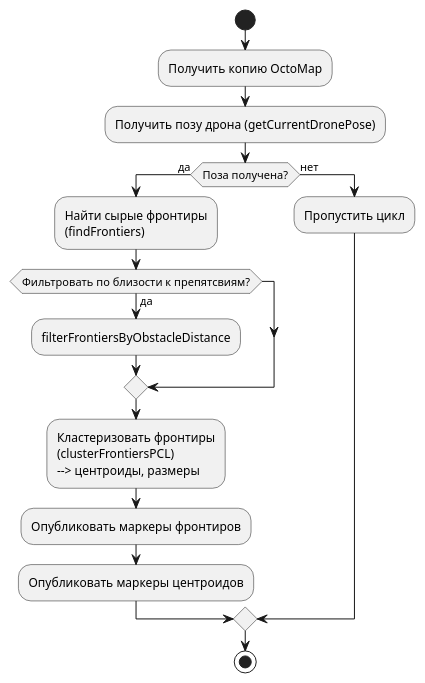
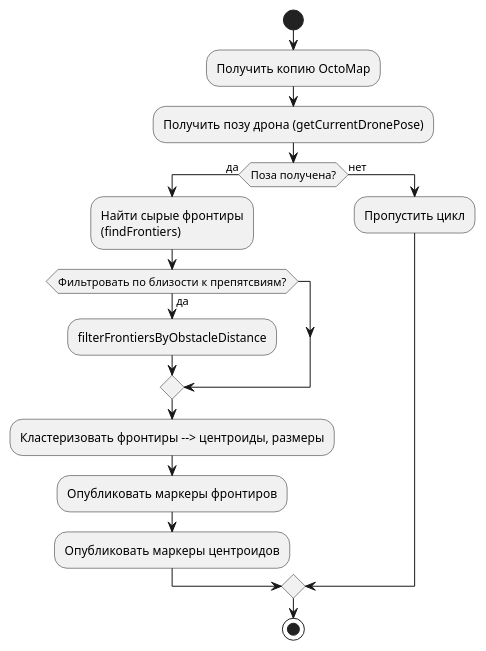
The diagram in diagrams/src/search_front_timer.puml (Prostagma1/diplom), drawn with PlantUML before and after one commit. The commit also changed 12 other files, not shown here.

```diff
--- a/diagrams/src/search_front_timer.puml
+++ b/diagrams/src/search_front_timer.puml
@@ -1,18 +1,18 @@
 @startuml 
 start
   :Получить копию OctoMap;
   :Получить позу дрона (getCurrentDronePose);
   if (Поза получена?) then (да)
     :Найти сырые фронтиры\n(findFrontiers);
     if (Фильтровать по близости к препятсвиям?) then (да)
       :filterFrontiersByObstacleDistance;
     endif
-    :Кластеризовать фронтиры\n(clusterFrontiersPCL)\n--> центроиды, размеры;
+    :Кластеризовать фронтиры --> центроиды, размеры;
     :Опубликовать маркеры фронтиров;
     :Опубликовать маркеры центроидов;
   else (нет)
     :Пропустить цикл;
   endif
 stop
 
 @enduml
```
